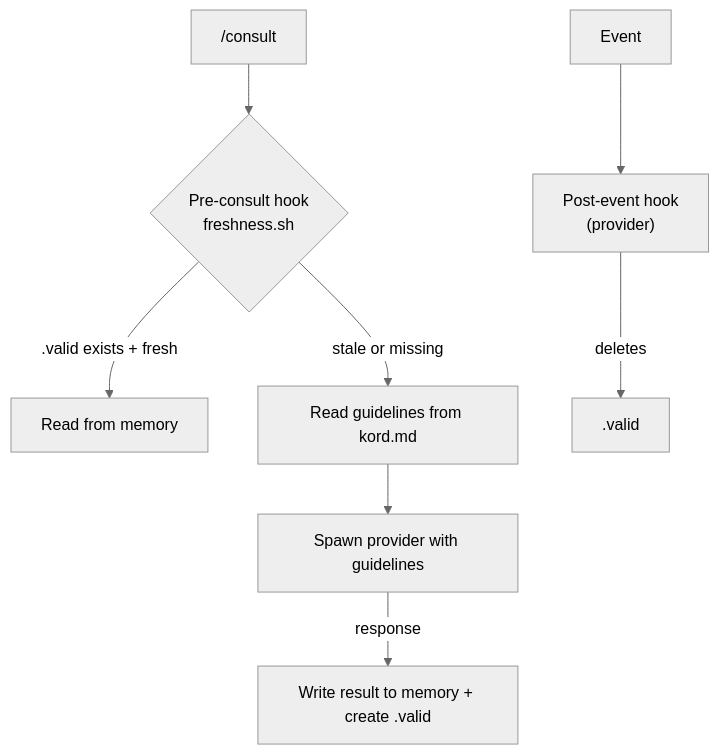
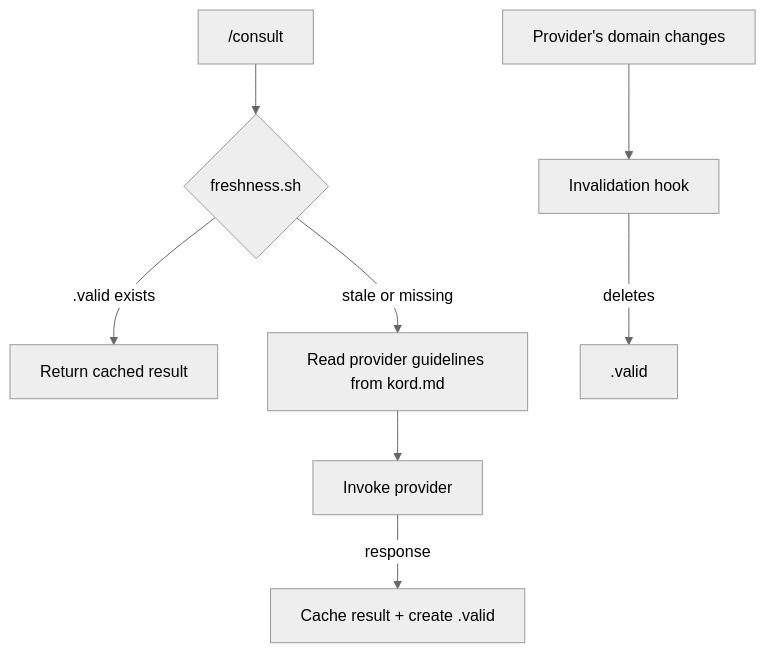
Before and after one commit to Kord96/kordinate: the diagram in docs/framework/kords.md, drawn with Mermaid (neutral theme). The commit also changed other lines of this file, not shown here.

````diff
--- a/docs/framework/kords.md
+++ b/docs/framework/kords.md
@@ -129,11 +104,11 @@
 ```mermaid
 flowchart TB
-    C["/consult"] --> G{"Pre-consult hook<br/>freshness.sh"}
-    G -->|.valid exists + fresh| M[Read from memory]
-    G -->|stale or missing| K[Read guidelines from kord.md]
-    K --> A[Spawn provider with guidelines]
-    A -->|response| W[Write result to memory + create .valid]
+    C["/consult"] --> G{"freshness.sh"}
+    G -->|.valid exists| M[Return cached result]
+    G -->|stale or missing| K[Read provider guidelines from kord.md]
+    K --> A[Invoke provider]
+    A -->|response| W[Cache result + create .valid]
 
-    E[Event] --> P["Post-event hook<br/>(provider)"]
+    E[Provider's domain changes] --> P["Invalidation hook"]
     P -->|deletes| V[.valid]
 ```
````
